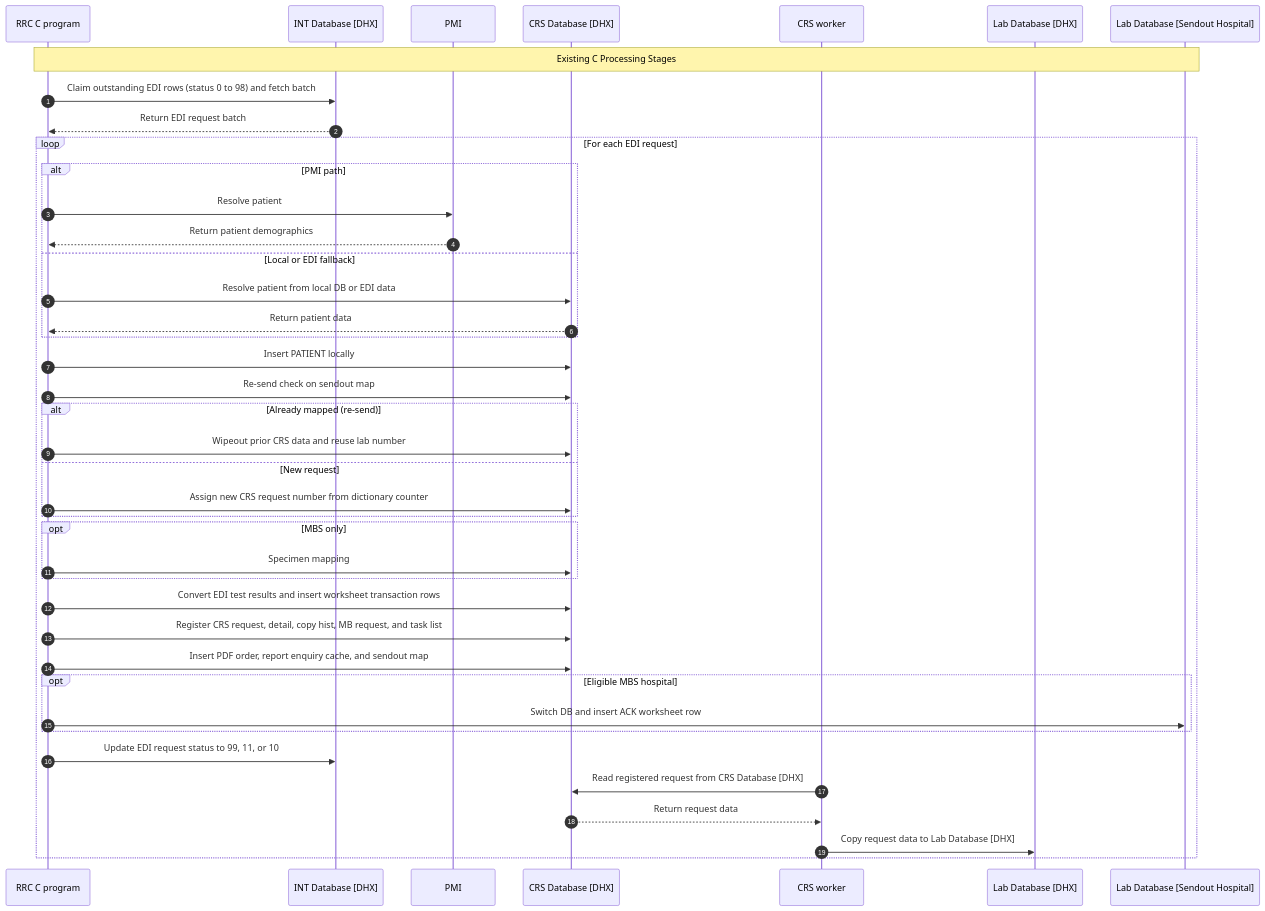
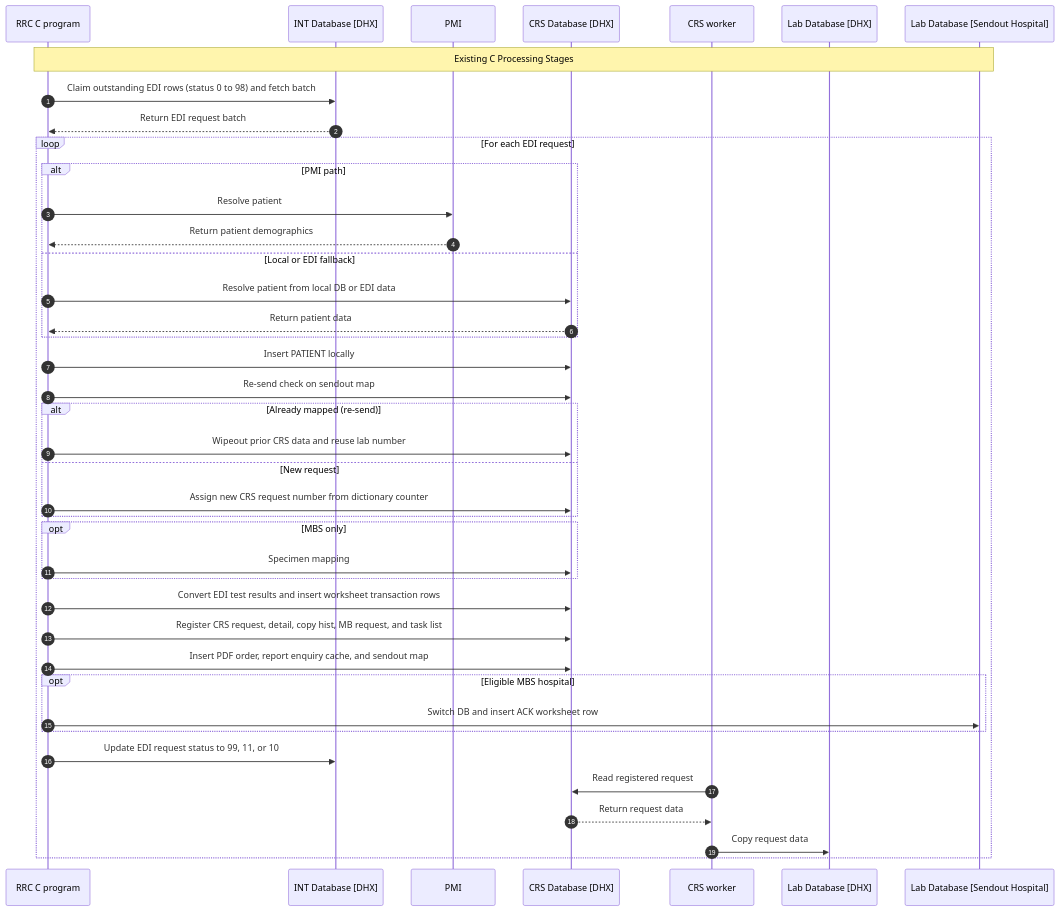
Before and after one commit to DragonChong/HA-Notes: the third of 4 diagrams in LIS/JIRA/Develop cloud application `lis-dhx-rrc-svc` to replace the legacy RRC worker and support dynamic Sybase-PostgreSQL database connectivity during DB migration.md, drawn with Mermaid.

Commit message:
vault backup: 2026-07-20 15:57:40

````diff
--- a/LIS/JIRA/Develop cloud application `lis-dhx-rrc-svc` to replace the legacy RRC worker and support dynamic Sybase-PostgreSQL database connectivity during DB migration.md
+++ b/LIS/JIRA/Develop cloud application `lis-dhx-rrc-svc` to replace the legacy RRC worker and support dynamic Sybase-PostgreSQL database connectivity during DB migration.md
@@ -176,52 +176,52 @@
 ```mermaid
 sequenceDiagram
     autonumber
     participant C as RRC C program
     participant INT as INT Database [DHX]
     participant PMI as PMI
     participant CRS as CRS Database [DHX]
     participant CRSW as CRS worker
     participant LAB as Lab Database [DHX]
     participant HOSP as Lab Database [Sendout Hospital]
 
     Note over C,HOSP: Existing C Processing Stages
 
     C->>INT: Claim outstanding EDI rows (status 0 to 98) and fetch batch
     INT-->>C: Return EDI request batch
 
     loop For each EDI request
         alt PMI path
             C->>PMI: Resolve patient
             PMI-->>C: Return patient demographics
         else Local or EDI fallback
             C->>CRS: Resolve patient from local DB or EDI data
             CRS-->>C: Return patient data
         end
         C->>CRS: Insert PATIENT locally
 
         C->>CRS: Re-send check on sendout map
         alt Already mapped (re-send)
             C->>CRS: Wipeout prior CRS data and reuse lab number
         else New request
             C->>CRS: Assign new CRS request number from dictionary counter
         end
 
         opt MBS only
             C->>CRS: Specimen mapping
         end
 
         C->>CRS: Convert EDI test results and insert worksheet transaction rows
         C->>CRS: Register CRS request, detail, copy hist, MB request, and task list
         C->>CRS: Insert PDF order, report enquiry cache, and sendout map
 
         opt Eligible MBS hospital
             C->>HOSP: Switch DB and insert ACK worksheet row
         end
 
         C->>INT: Update EDI request status to 99, 11, or 10
 
-        CRSW->>CRS: Read registered request from CRS Database [DHX]
+        CRSW->>CRS: Read registered request
         CRS-->>CRSW: Return request data
-        CRSW->>LAB: Copy request data to Lab Database [DHX]
+        CRSW->>LAB: Copy request data
     end
 ```
````
